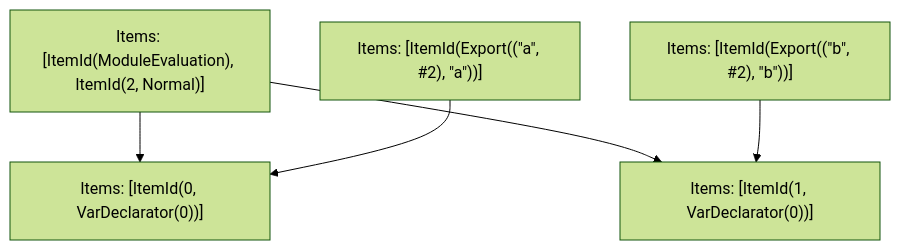
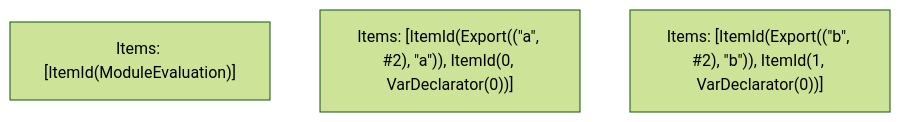
Before and after one commit to vercel/turborepo: the fifth of 5 diagrams in crates/turbopack-ecmascript/tests/tree-shaker/analyzer/combined-export/output.md, drawn with Mermaid (forest theme). The commit also changed other lines of this file and 3 other files, not shown here.

````diff
--- a/crates/turbopack-ecmascript/tests/tree-shaker/analyzer/combined-export/output.md
+++ b/crates/turbopack-ecmascript/tests/tree-shaker/analyzer/combined-export/output.md
@@ -97,12 +76,6 @@
 ```mermaid
 graph TD
-    N0["Items: [ItemId(ModuleEvaluation), ItemId(2, Normal)]"];
-    N1["Items: [ItemId(Export((&quot;a&quot;, #2), &quot;a&quot;))]"];
-    N2["Items: [ItemId(Export((&quot;b&quot;, #2), &quot;b&quot;))]"];
-    N3["Items: [ItemId(0, VarDeclarator(0))]"];
-    N4["Items: [ItemId(1, VarDeclarator(0))]"];
-    N0 --> N3;
-    N0 --> N4;
-    N1 --> N3;
-    N2 --> N4;
+    N0["Items: [ItemId(ModuleEvaluation)]"];
+    N1["Items: [ItemId(Export((&quot;a&quot;, #2), &quot;a&quot;)), ItemId(0, VarDeclarator(0))]"];
+    N2["Items: [ItemId(Export((&quot;b&quot;, #2), &quot;b&quot;)), ItemId(1, VarDeclarator(0))]"];
 ```
````
